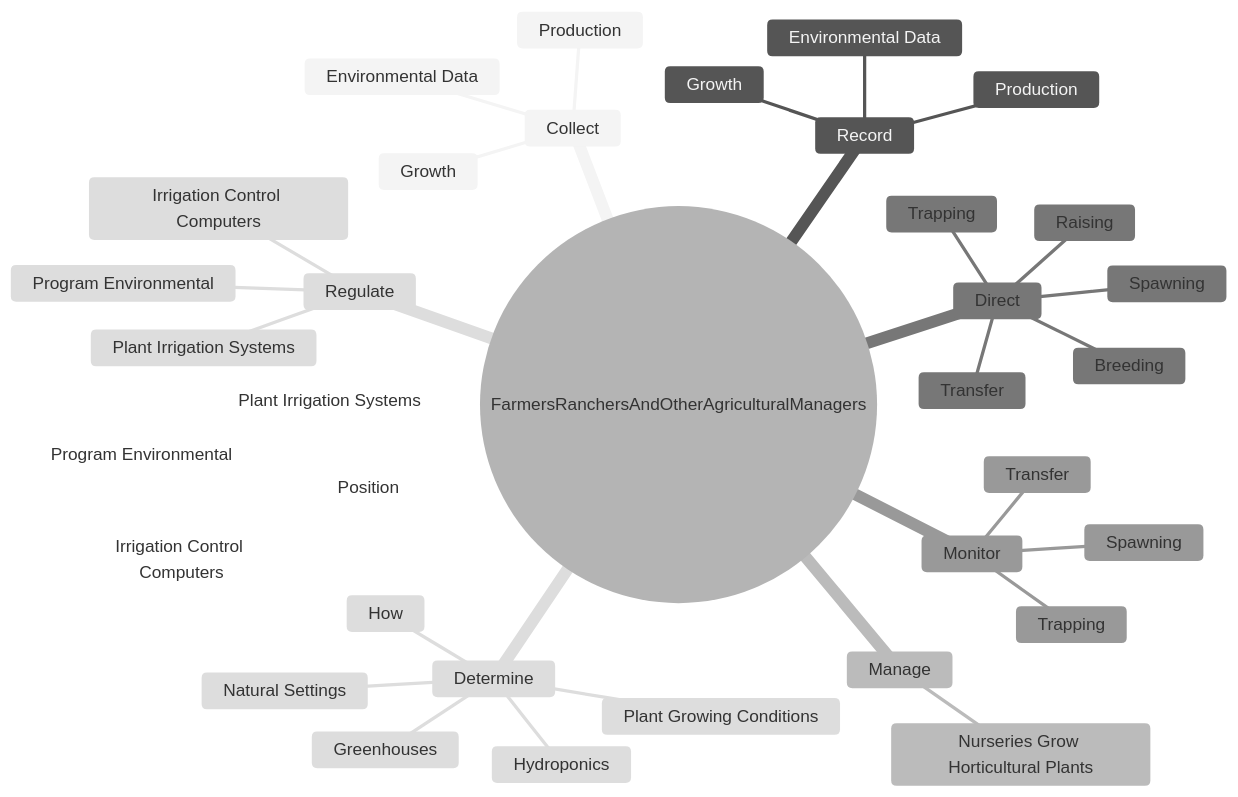
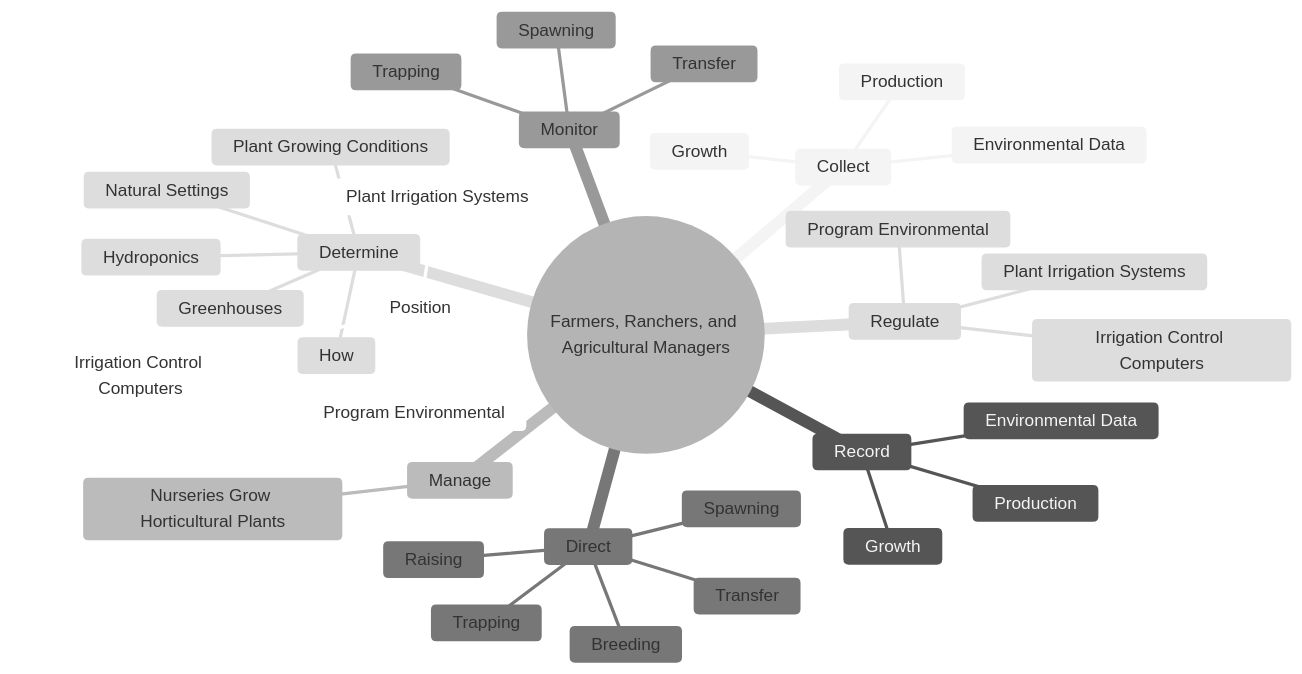
Before and after one commit to kziemski/business.org.ai: the second of 4 diagrams in occupations/Management/FarmersRanchersAndOtherAgriculturalManagers.mdx, drawn with Mermaid (neutral theme). The commit also changed other lines of this file and 938 other files, not shown here.

````diff
--- a/occupations/Management/FarmersRanchersAndOtherAgriculturalManagers.mdx
+++ b/occupations/Management/FarmersRanchersAndOtherAgriculturalManagers.mdx
@@ -37,38 +45,38 @@
 ```mermaid
 mindmap
-    root(("FarmersRanchersAndOtherAgriculturalManagers"))
+    root(("Farmers, Ranchers, and Agricultural Managers"))
         Collect
             Growth
             Production
             Environmental Data
         Record
             Growth
             Production
             Environmental Data
         Manage
             Nurseries Grow Horticultural Plants
         Direct
             Trapping
             Spawning
             Transfer
             Breeding
             Raising
         Monitor
             Trapping
             Spawning
             Transfer
         Determine
             How
             Plant Growing Conditions
             Greenhouses
             Hydroponics
             Natural Settings
         Position
             Plant Irrigation Systems
             Program Environmental
             Irrigation Control Computers
         Regulate
             Plant Irrigation Systems
             Program Environmental
             Irrigation Control Computers
 ```
````
